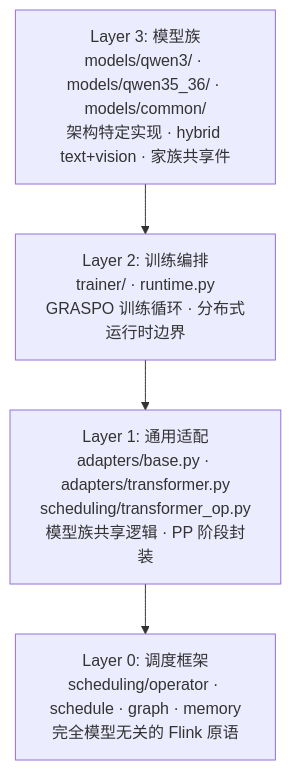
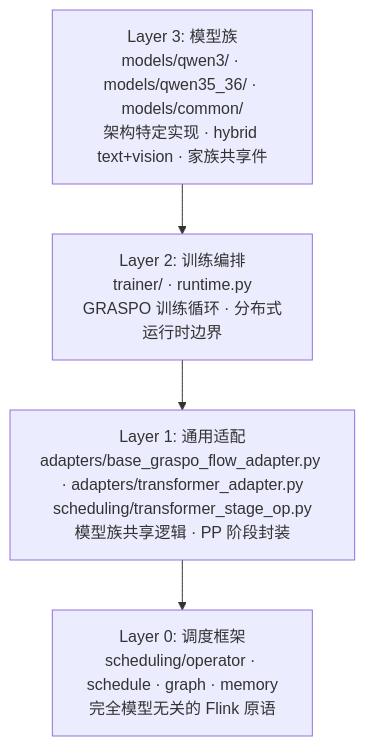
Before and after one commit to godthrone/graspo: the diagram in docs/graspoflow.md, drawn with Mermaid. The commit also changed 4 other files, not shown here.

````diff
--- a/docs/graspoflow.md
+++ b/docs/graspoflow.md
@@ -11,8 +11,8 @@
 ```mermaid
 flowchart TB
     L3["Layer 3: 模型族<br/>models/qwen3/ · models/qwen35_36/ · models/common/<br/>架构特定实现 · hybrid text+vision · 家族共享件"]
     L2["Layer 2: 训练编排<br/>trainer/ · runtime.py<br/>GRASPO 训练循环 · 分布式运行时边界"]
-    L1["Layer 1: 通用适配<br/>adapters/base.py · adapters/transformer.py<br/>scheduling/transformer_op.py<br/>模型族共享逻辑 · PP 阶段封装"]
+    L1["Layer 1: 通用适配<br/>adapters/base_graspo_flow_adapter.py · adapters/transformer_adapter.py<br/>scheduling/transformer_stage_op.py<br/>模型族共享逻辑 · PP 阶段封装"]
     L0["Layer 0: 调度框架<br/>scheduling/operator · schedule · graph · memory<br/>完全模型无关的 Flink 原语"]
     L3 --> L2 --> L1 --> L0
 ```
````
